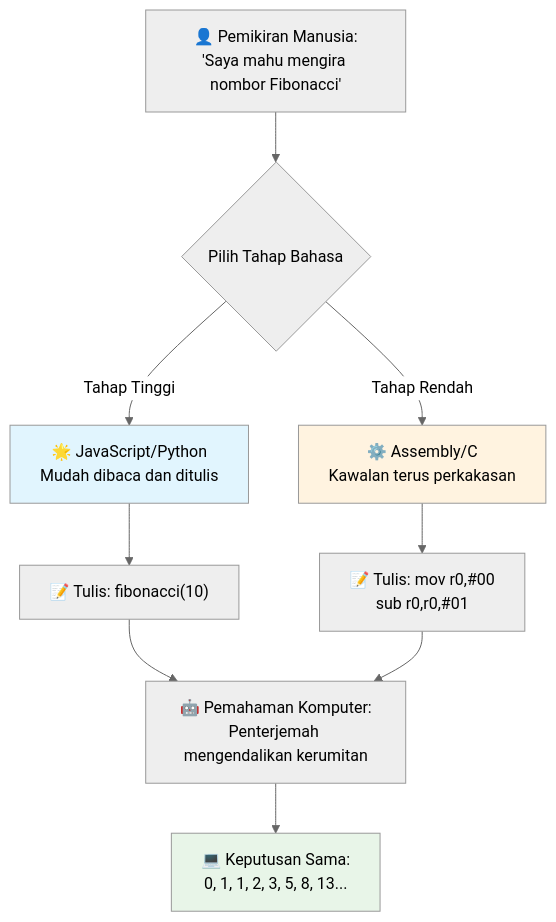
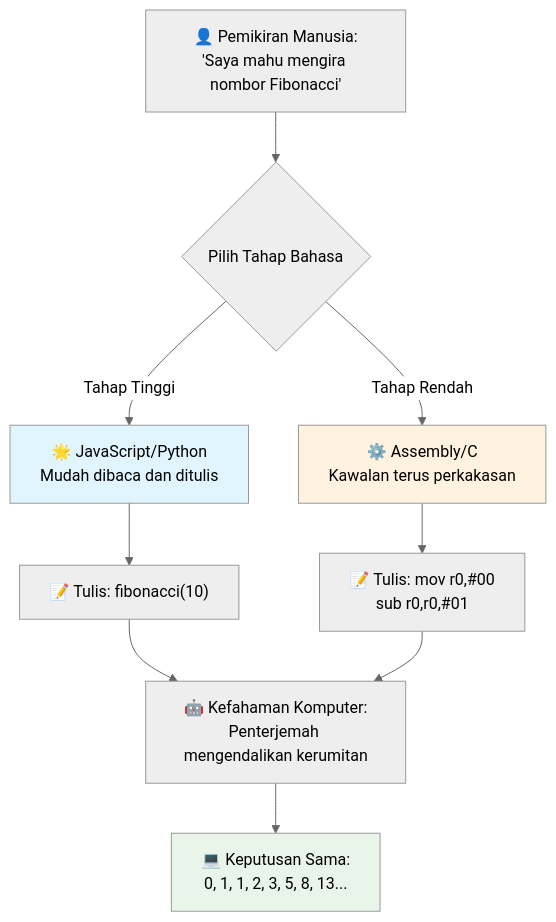
The third of 7 diagrams in translations/ms/1-getting-started-lessons/1-intro-to-programming-languages/README.md (microsoft/Web-Dev-For-Beginners), drawn with Mermaid (neutral theme) before and after one commit. The commit also changed other lines of this file and 8 other files, not shown here.

````diff
--- a/translations/ms/1-getting-started-lessons/1-intro-to-programming-languages/README.md
+++ b/translations/ms/1-getting-started-lessons/1-intro-to-programming-languages/README.md
@@ -148,19 +148,19 @@
 ```mermaid
 flowchart TB
     A["👤 Pemikiran Manusia:<br/>'Saya mahu mengira nombor Fibonacci'"] --> B{Pilih Tahap Bahasa}
     
     B -->|Tahap Tinggi| C["🌟 JavaScript/Python<br/>Mudah dibaca dan ditulis"]
     B -->|Tahap Rendah| D["⚙️ Assembly/C<br/>Kawalan terus perkakasan"]
     
     C --> E["📝 Tulis: fibonacci(10)"]
     D --> F["📝 Tulis: mov r0,#00<br/>sub r0,r0,#01"]
     
-    E --> G["🤖 Pemahaman Komputer:<br/>Penterjemah mengendalikan kerumitan"]
+    E --> G["🤖 Kefahaman Komputer:<br/>Penterjemah mengendalikan kerumitan"]
     F --> G
     
     G --> H["💻 Keputusan Sama:<br/>0, 1, 1, 2, 3, 5, 8, 13..."]
     
     style C fill:#e1f5fe
     style D fill:#fff3e0
     style H fill:#e8f5e8
 ```
````
